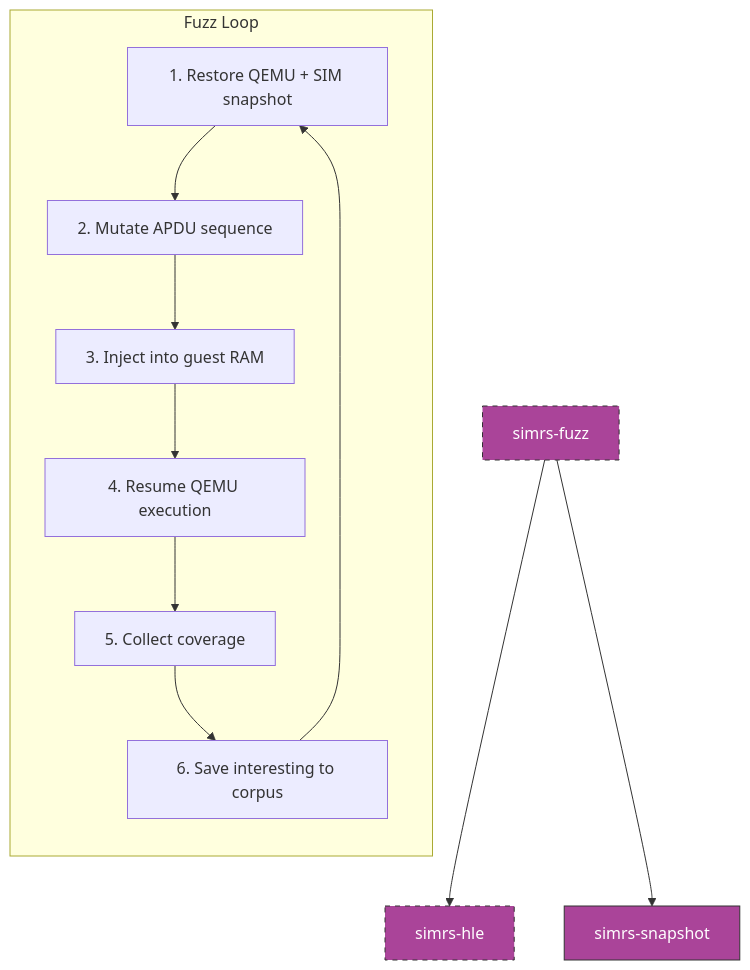
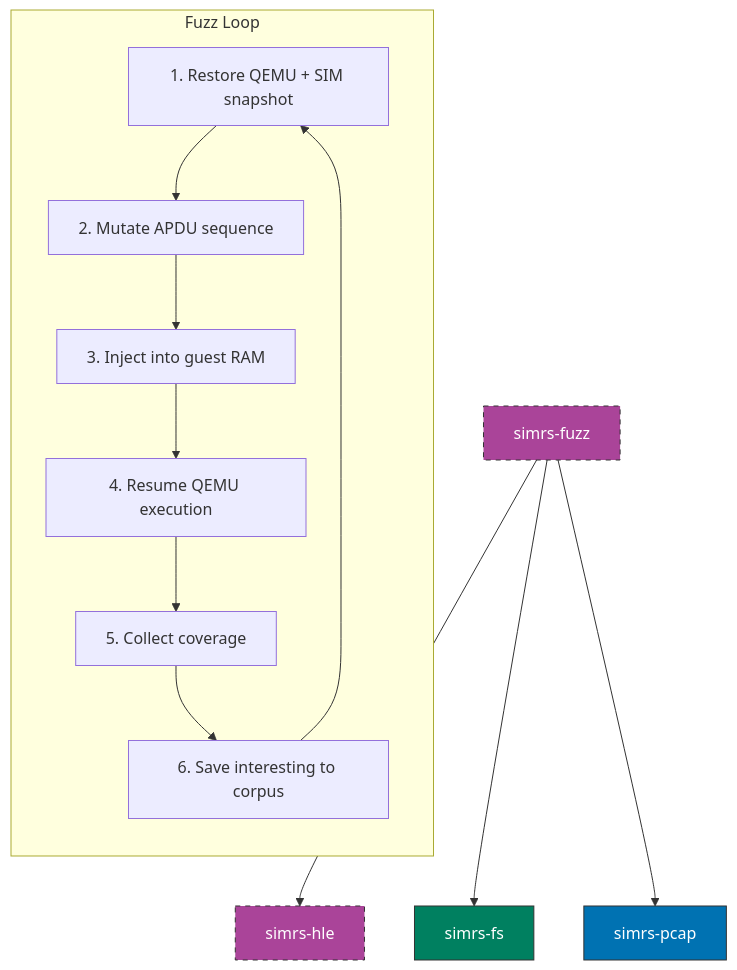
Before and after one commit to jaesharp/simrs: the diagram in crates/simrs-fuzz/README.md, drawn with Mermaid. The commit also changed other lines of this file and 6 other files, not shown here.

````diff
--- a/crates/simrs-fuzz/README.md
+++ b/crates/simrs-fuzz/README.md
@@ -7,20 +7,22 @@
 ```mermaid
 graph TD
     subgraph fuzz_loop ["Fuzz Loop"]
         direction TB
         RESTORE["1. Restore QEMU + SIM snapshot"]
         MUTATE["2. Mutate APDU sequence"]
         INJECT["3. Inject into guest RAM"]
         EXEC["4. Resume QEMU execution"]
         COLLECT["5. Collect coverage"]
         SAVE["6. Save interesting to corpus"]
         RESTORE --> MUTATE --> INJECT --> EXEC --> COLLECT --> SAVE --> RESTORE
     end
 
     FUZZ["simrs-fuzz"] --> HLE["simrs-hle"]
-    FUZZ --> SNAP["simrs-snapshot"]
+    FUZZ --> FS["simrs-fs"]
+    FUZZ --> PCAP["simrs-pcap"]
 
     style FUZZ fill:#AA4499,stroke:#333,color:#fff,stroke-dasharray:5 5
     style HLE fill:#AA4499,stroke:#333,color:#fff,stroke-dasharray:5 5
-    style SNAP fill:#AA4499,stroke:#333,color:#fff
+    style FS fill:#008060,stroke:#333,color:#fff
+    style PCAP fill:#0072B2,stroke:#333,color:#fff
 ```
````
